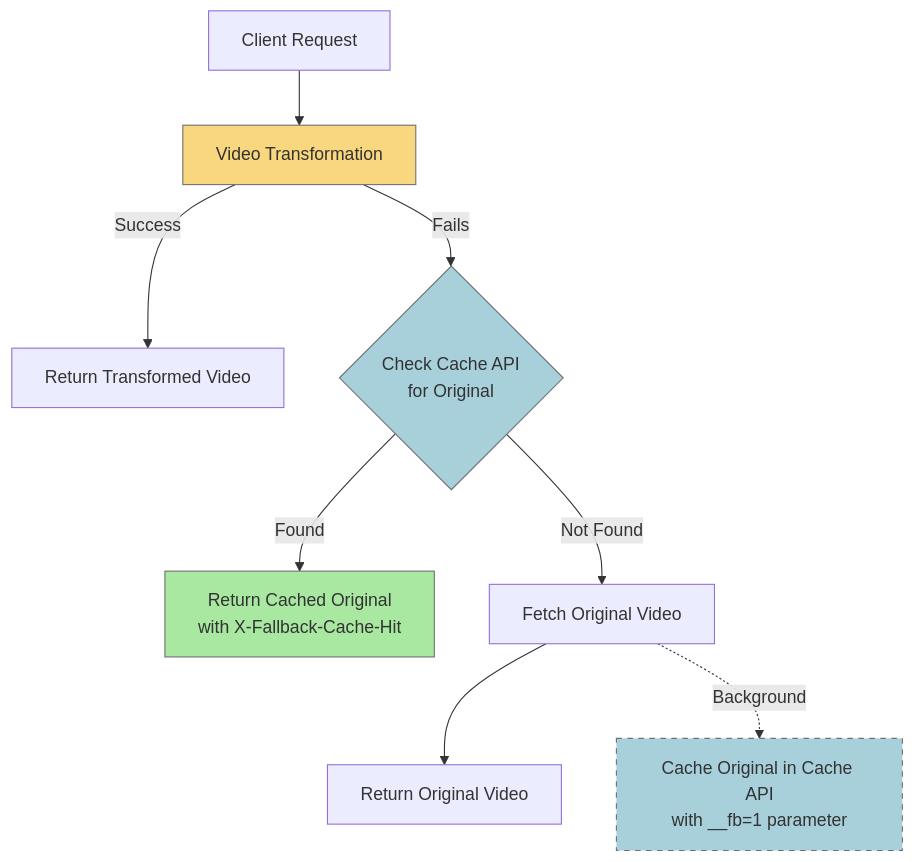
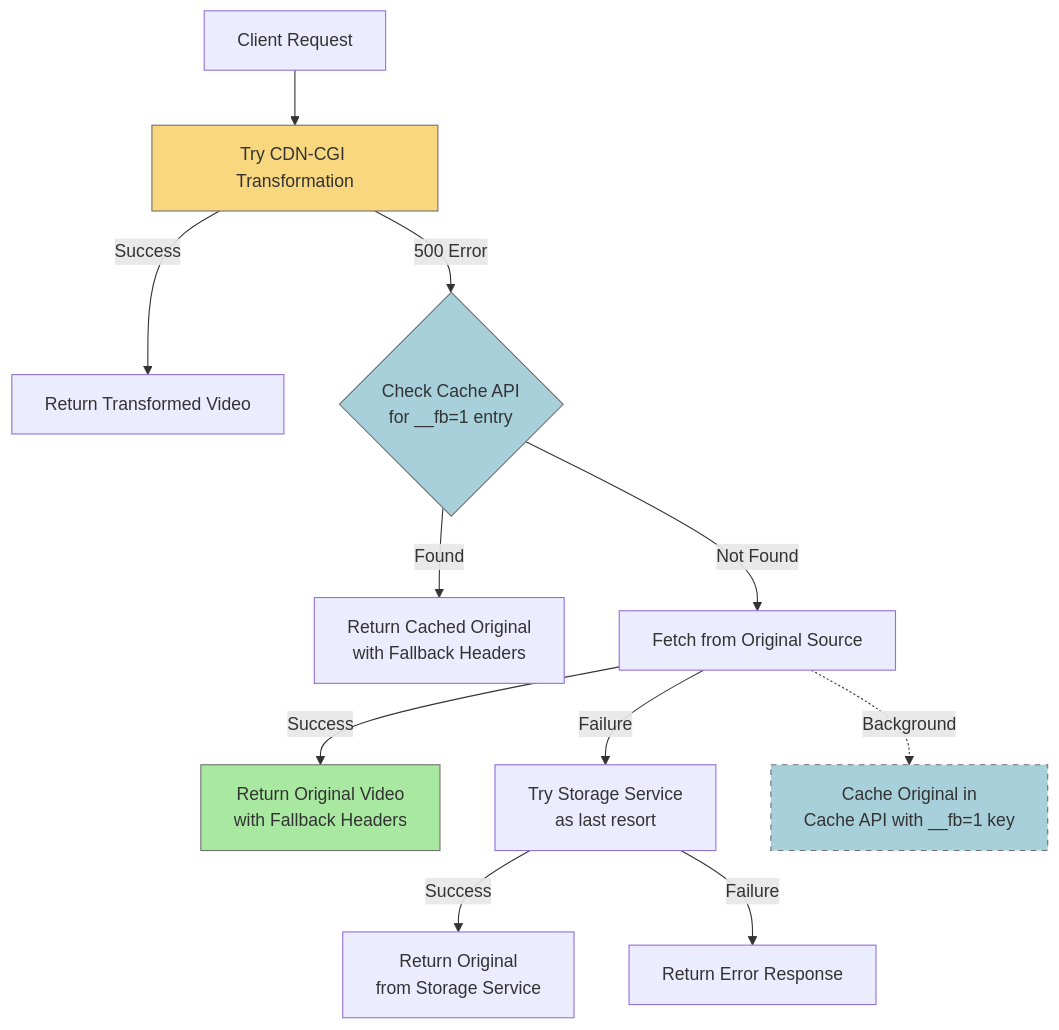
The first of 3 diagrams in docs/error-handling/implementations/video-storage.md (erfianugrah/video-resizer), drawn with Mermaid before and after one commit. The commit also changed other lines of this file, not shown here.

````diff
--- a/docs/error-handling/implementations/video-storage.md
+++ b/docs/error-handling/implementations/video-storage.md
@@ -166,15 +155,18 @@
 ```mermaid
 flowchart TD
-    A[Client Request] --> B[Video Transformation]
+    A[Client Request] --> B[Try CDN-CGI Transformation]
     B -->|Success| C[Return Transformed Video]
-    B -->|Fails| D{Check Cache API\nfor Original}
-    D -->|Found| E[Return Cached Original\nwith X-Fallback-Cache-Hit]
-    D -->|Not Found| F[Fetch Original Video]
-    F --> G[Return Original Video]
-    F -.->|Background| H[Cache Original in Cache API\nwith __fb=1 parameter]
+    B -->|500 Error| D{Check Cache API\nfor __fb=1 entry}
+    D -->|Found| E[Return Cached Original\nwith Fallback Headers]
+    D -->|Not Found| F[Fetch from Original Source]
+    F -->|Success| G[Return Original Video\nwith Fallback Headers]
+    F -->|Failure| H[Try Storage Service\n as last resort]
+    H -->|Success| I[Return Original\nfrom Storage Service]
+    H -->|Failure| J[Return Error Response]
+    F -.->|Background| K[Cache Original in\nCache API with __fb=1 key]
     
     style B fill:#f9d77e,stroke:#707070
     style D fill:#a8d0db,stroke:#707070,shape:diamond
-    style E fill:#a8e8a0,stroke:#707070
-    style H fill:#a8d0db,stroke:#707070,stroke-dasharray: 5 5
+    style G fill:#a8e8a0,stroke:#707070
+    style K fill:#a8d0db,stroke:#707070,stroke-dasharray: 5 5
 ```
````
